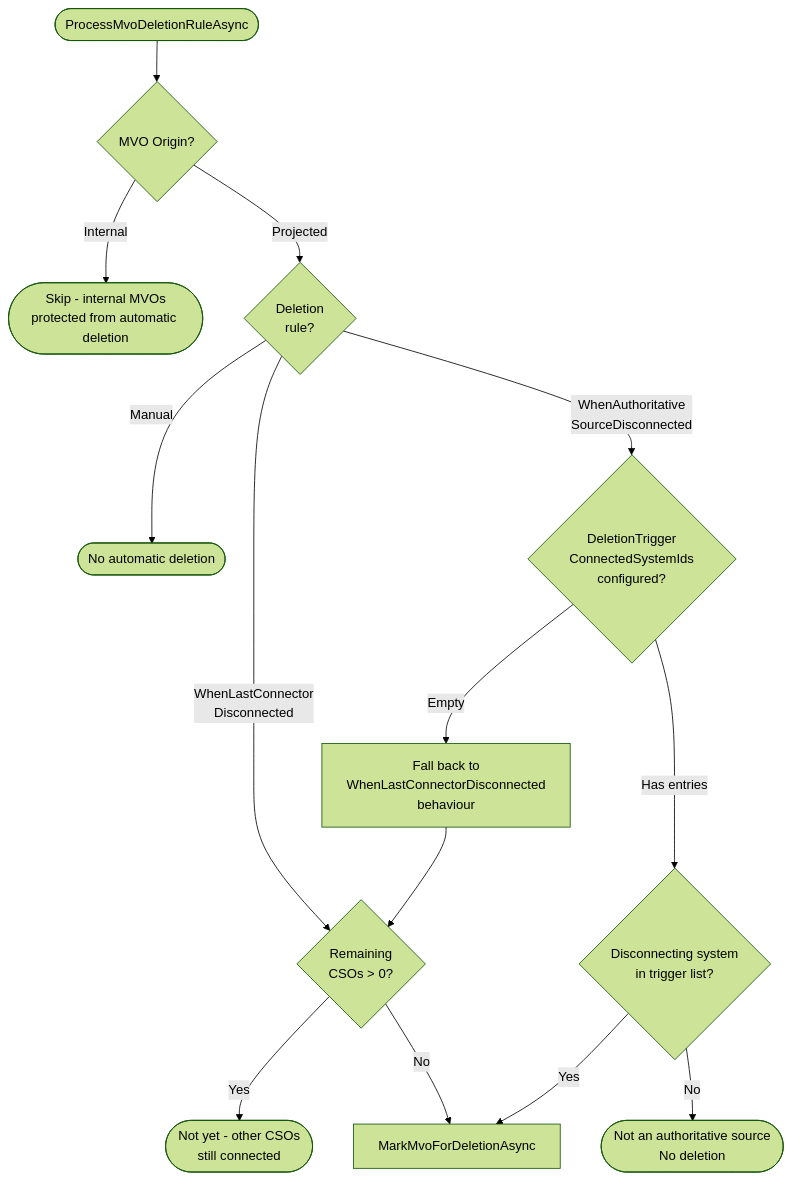
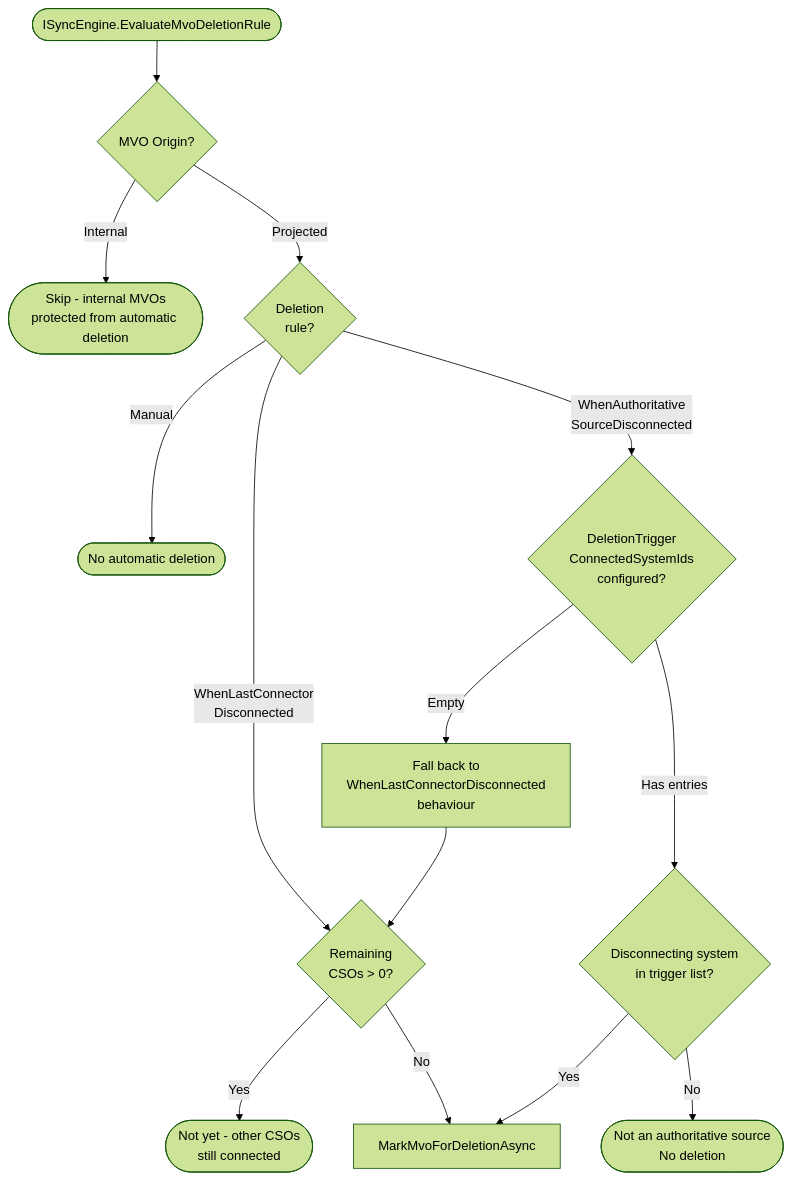
Before and after one commit to TetronIO/JIM: the second of 6 diagrams in docs/diagrams/mermaid/MVO_DELETION_AND_GRACE_PERIOD.md, drawn with Mermaid (forest theme). The commit also changed other lines of this file and 40 other files, not shown here.

First line of the commit message:
docs: update C4 and Mermaid diagrams for v0.7.1 architecture

````diff
--- a/docs/diagrams/mermaid/MVO_DELETION_AND_GRACE_PERIOD.md
+++ b/docs/diagrams/mermaid/MVO_DELETION_AND_GRACE_PERIOD.md
@@ -40,21 +40,21 @@
 ```mermaid
 flowchart TD
-    Start([ProcessMvoDeletionRuleAsync]) --> CheckOrigin{MVO Origin?}
+    Start([ISyncEngine.EvaluateMvoDeletionRule]) --> CheckOrigin{MVO Origin?}
     CheckOrigin -->|Internal| Protected([Skip - internal MVOs<br/>protected from automatic deletion])
 
     CheckOrigin -->|Projected| GetRule{Deletion<br/>rule?}
 
     GetRule -->|Manual| NoAction([No automatic deletion])
 
     GetRule -->|WhenLastConnector<br/>Disconnected| CheckRemaining{Remaining<br/>CSOs > 0?}
     CheckRemaining -->|Yes| NoActionYet([Not yet - other CSOs<br/>still connected])
     CheckRemaining -->|No| MarkForDeletion[MarkMvoForDeletionAsync]
 
     GetRule -->|WhenAuthoritative<br/>SourceDisconnected| CheckTriggers{DeletionTrigger<br/>ConnectedSystemIds<br/>configured?}
     CheckTriggers -->|Empty| FallbackRule[Fall back to<br/>WhenLastConnectorDisconnected<br/>behaviour]
     FallbackRule --> CheckRemaining
 
     CheckTriggers -->|Has entries| IsAuthSource{Disconnecting system<br/>in trigger list?}
     IsAuthSource -->|No| NoAction2([Not an authoritative source<br/>No deletion])
     IsAuthSource -->|Yes| MarkForDeletion
 ```
````
